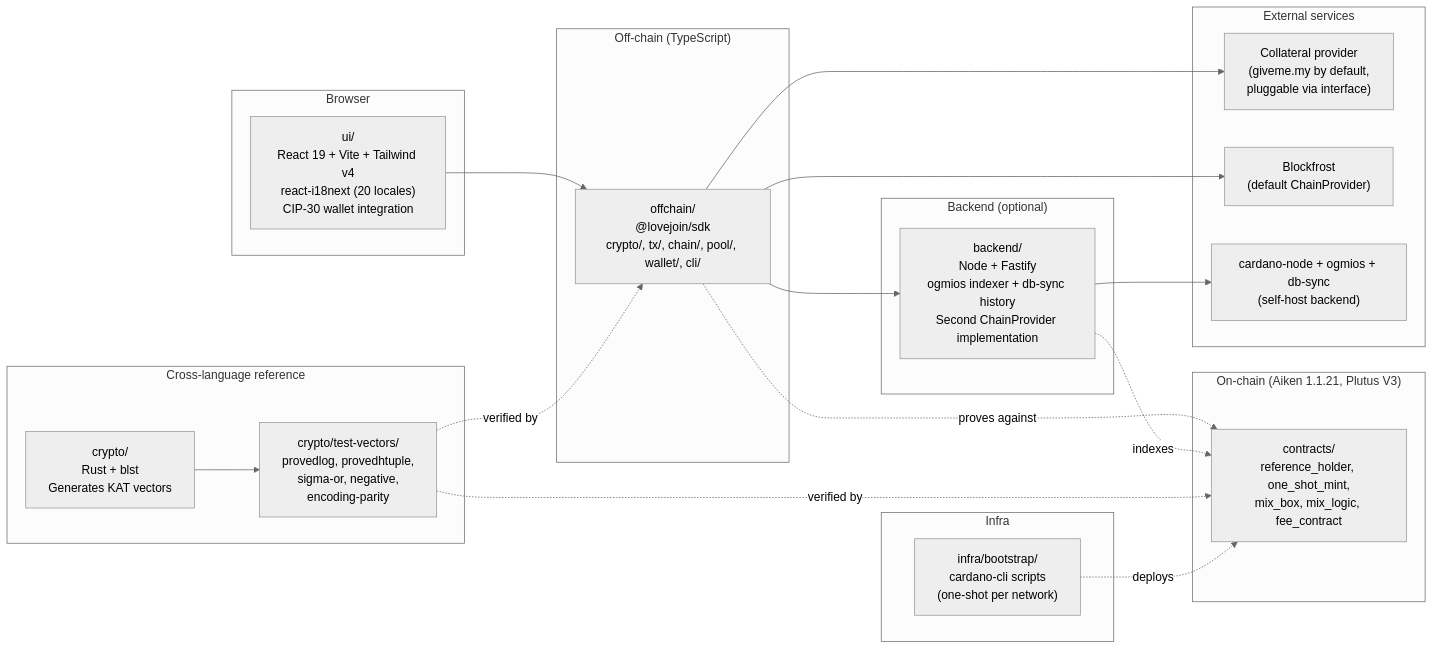
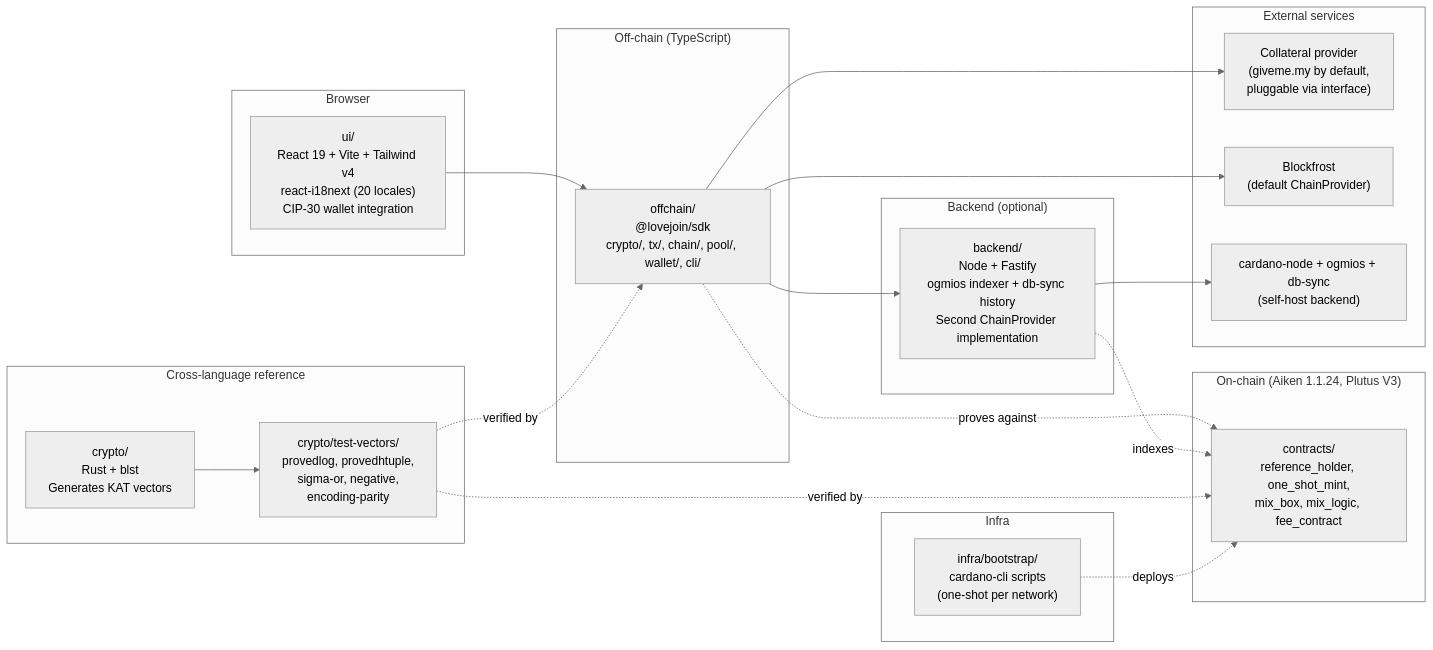
One commit to logical-mechanism/Lovejoin changed the third of 3 diagrams in ARCHITECTURE.md. Above: the diagram before and after it, drawn with Mermaid (neutral theme). The commit also changed other lines of this file and 9 other files, not shown here.

````diff
--- a/ARCHITECTURE.md
+++ b/ARCHITECTURE.md
@@ -62,45 +62,45 @@
 ```mermaid
 flowchart LR
     subgraph browser["Browser"]
         UI["ui/<br/>React 19 + Vite + Tailwind v4<br/>react-i18next (20 locales)<br/>CIP-30 wallet integration"]
     end
 
     subgraph offchain["Off-chain (TypeScript)"]
         SDK["offchain/<br/>@lovejoin/sdk<br/>crypto/, tx/, chain/, pool/, wallet/, cli/"]
     end
 
     subgraph backend["Backend (optional)"]
         BE["backend/<br/>Node + Fastify<br/>ogmios indexer + db-sync history<br/>Second ChainProvider implementation"]
     end
 
-    subgraph onchain["On-chain (Aiken 1.1.21, Plutus V3)"]
+    subgraph onchain["On-chain (Aiken 1.1.24, Plutus V3)"]
         VAL["contracts/<br/>reference_holder, one_shot_mint,<br/>mix_box, mix_logic, fee_contract"]
     end
 
     subgraph external["External services"]
         CP["Collateral provider<br/>(giveme.my by default,<br/>pluggable via interface)"]
         BF["Blockfrost<br/>(default ChainProvider)"]
         CN["cardano-node + ogmios + db-sync<br/>(self-host backend)"]
     end
 
     subgraph reference["Cross-language reference"]
         RUST["crypto/<br/>Rust + blst<br/>Generates KAT vectors"]
         VEC["crypto/test-vectors/<br/>provedlog, provedhtuple,<br/>sigma-or, negative,<br/>encoding-parity"]
     end
 
     subgraph infra["Infra"]
         BOOT["infra/bootstrap/<br/>cardano-cli scripts<br/>(one-shot per network)"]
     end
 
     UI --> SDK
     SDK --> BE
     SDK --> BF
     SDK --> CP
     BE --> CN
     SDK -.proves against.-> VAL
     BE -.indexes.-> VAL
     RUST --> VEC
     VEC -.verified by.-> SDK
     VEC -.verified by.-> VAL
     BOOT -.deploys.-> VAL
 ```
````
